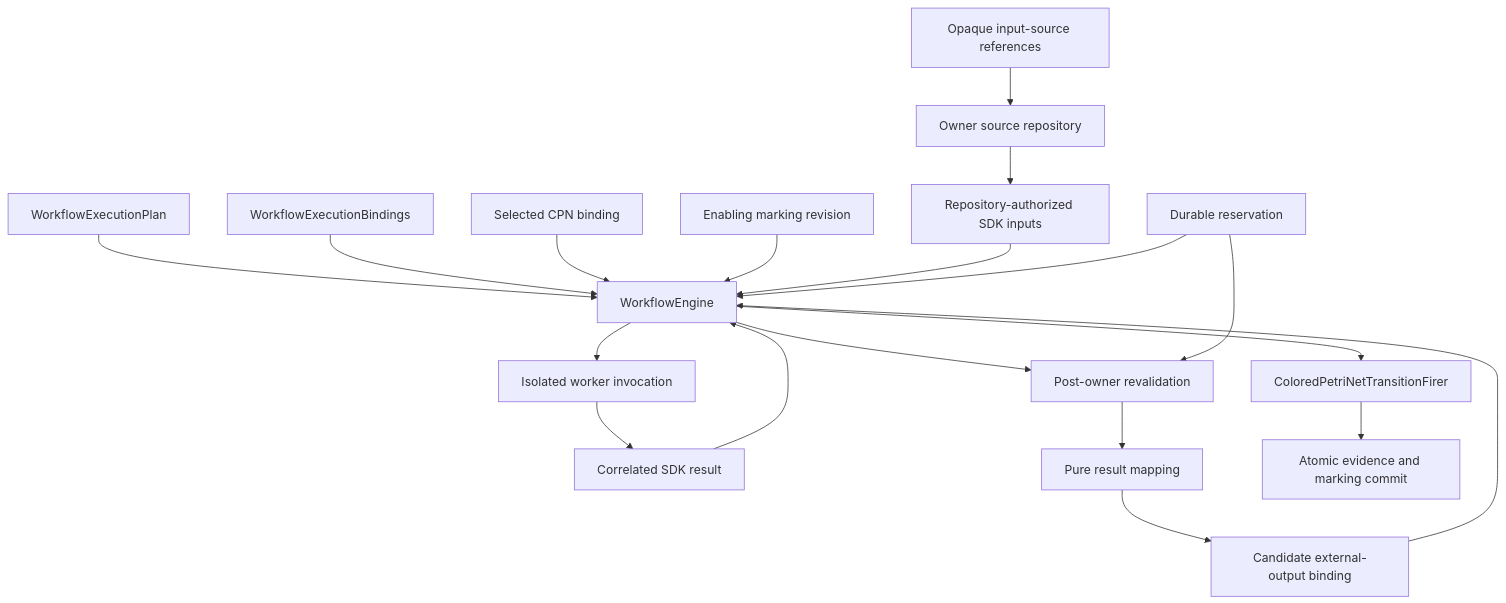
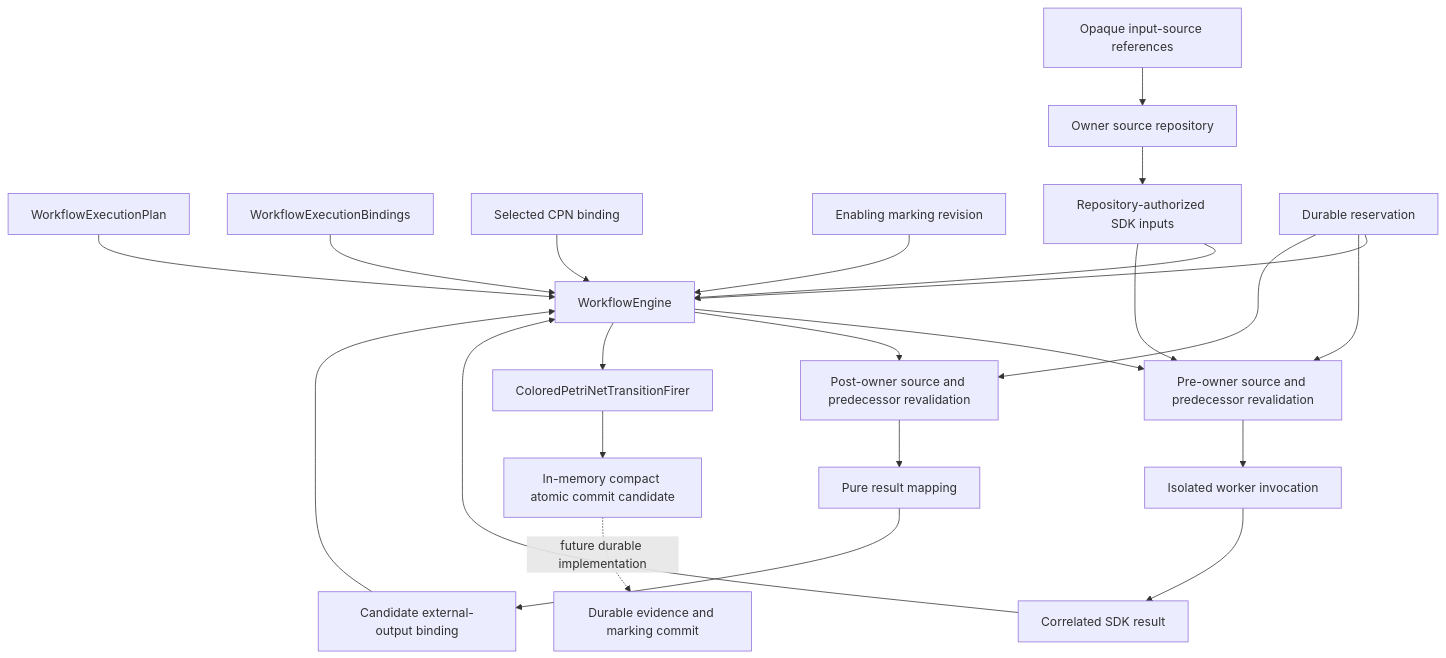
The diagram in docs/architecture/projectkoios/workflow/runtime/WorkflowEngine/schematic.md (eragasa/projectkoios-workflow), drawn with Mermaid before and after one commit. The commit also changed other lines of this file and 33 other files, not shown here.

Commit message:
feat: complete experimental pure-action firing and atomic commit

````diff
--- a/docs/architecture/projectkoios/workflow/runtime/WorkflowEngine/schematic.md
+++ b/docs/architecture/projectkoios/workflow/runtime/WorkflowEngine/schematic.md
@@ -5,38 +5,44 @@
 ```mermaid
 flowchart TD
     P[WorkflowExecutionPlan]
     B[WorkflowExecutionBindings]
     S[Selected CPN binding]
     M[Enabling marking revision]
     I[Opaque input-source references]
     SR[Owner source repository]
     U[Repository-authorized SDK inputs]
     R[Durable reservation]
-    V[Post-owner revalidation]
+    Q[Pre-owner source and predecessor revalidation]
+    V[Post-owner source and predecessor revalidation]
     E[WorkflowEngine]
     W[Isolated worker invocation]
     O[Correlated SDK result]
     A[Pure result mapping]
     X[Candidate external-output binding]
     F[ColoredPetriNetTransitionFirer]
-    C[Atomic evidence and marking commit]
+    K[In-memory compact atomic commit candidate]
+    C[Durable evidence and marking commit]
 
     P --> E
     B --> E
     S --> E
     M --> E
     I --> SR
     SR --> U
     U --> E
     R --> E
-    E --> W
+    E --> Q
+    U --> Q
+    R --> Q
+    Q --> W
     W --> O
     O --> E
     E --> V
     R --> V
     V --> A
     A --> X
     X --> E
     E --> F
-    F --> C
+    F --> K
+    K -. future durable implementation .-> C
 ```
````
